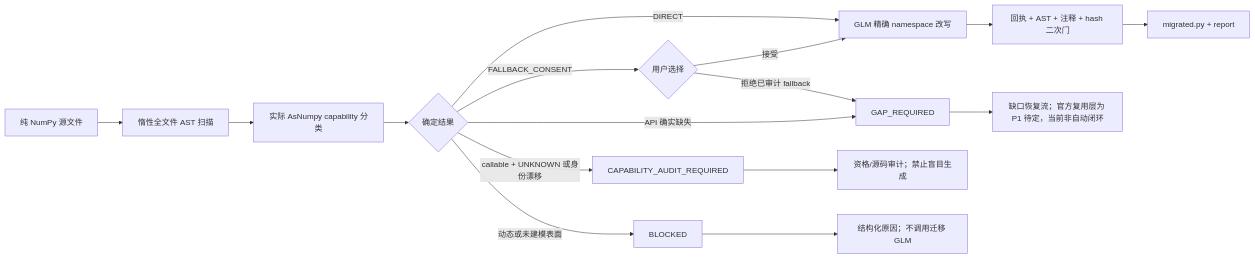
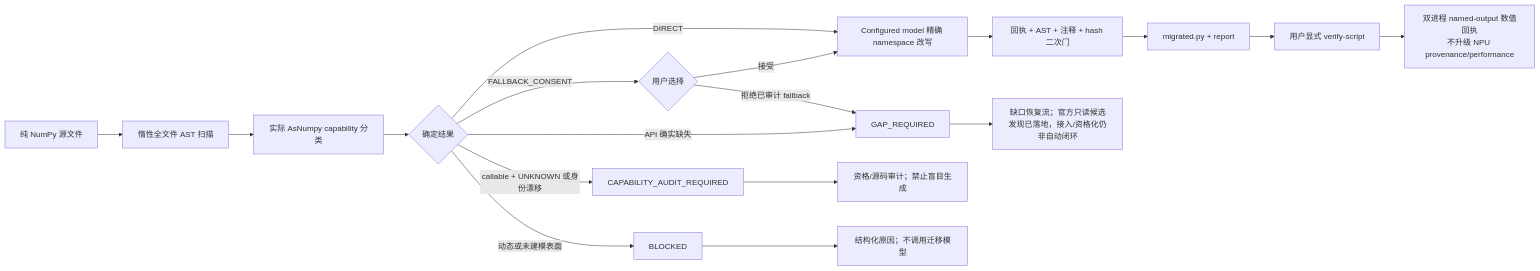
One commit to DEGger21/numpilot changed the second of 2 diagrams in docs/architecture.md. Above: the diagram before and after it, drawn with Mermaid. The commit also changed other lines of this file and 174 other files, not shown here.

Commit message:
feat: harden competition migration and evidence flow

````diff
--- a/docs/architecture.md
+++ b/docs/architecture.md
@@ -128,18 +163,20 @@
 ```mermaid
 flowchart LR
   S[纯 NumPy 源文件] --> A[惰性全文件 AST 扫描]
   A --> C[实际 AsNumpy capability 分类]
   C --> D{确定结果}
-  D -->|DIRECT| G[GLM 精确 namespace 改写]
+  D -->|DIRECT| G[Configured model 精确 namespace 改写]
   D -->|FALLBACK_CONSENT| Q{用户选择}
   Q -->|接受| G
   Q -->|拒绝已审计 fallback| P[GAP_REQUIRED]
   D -->|API 确实缺失| P
   D -->|callable + UNKNOWN 或身份漂移| U[CAPABILITY_AUDIT_REQUIRED]
   D -->|动态或未建模表面| B[BLOCKED]
   G --> V[回执 + AST + 注释 + hash 二次门]
   V --> O[migrated.py + report]
-  P --> R[缺口恢复流；官方复用层为 P1 待定，当前非自动闭环]
+  O --> E[用户显式 verify-script]
+  E --> N[双进程 named-output 数值回执<br/>不升级 NPU provenance/performance]
+  P --> R[缺口恢复流；官方只读候选发现已落地，接入/资格化仍非自动闭环]
   U --> X[资格/源码审计；禁止盲目生成]
-  B --> Y[结构化原因；不调用迁移 GLM]
+  B --> Y[结构化原因；不调用迁移模型]
 ```
````
